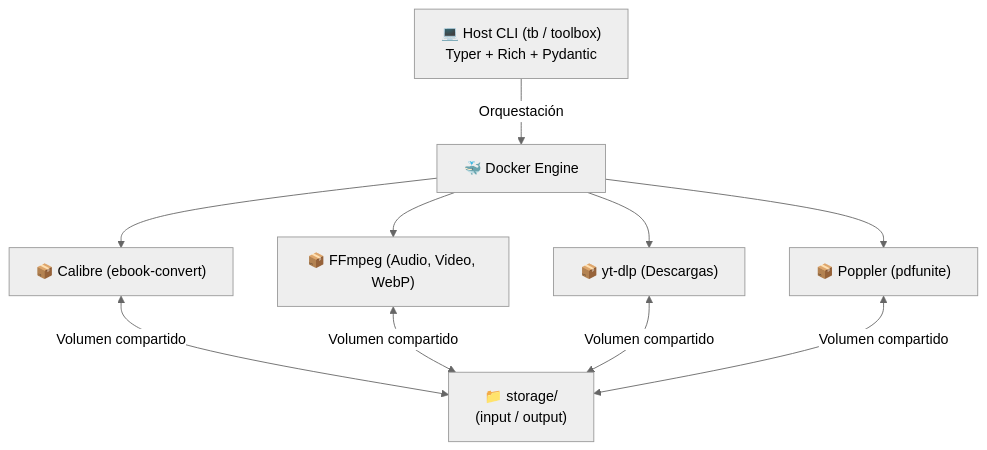
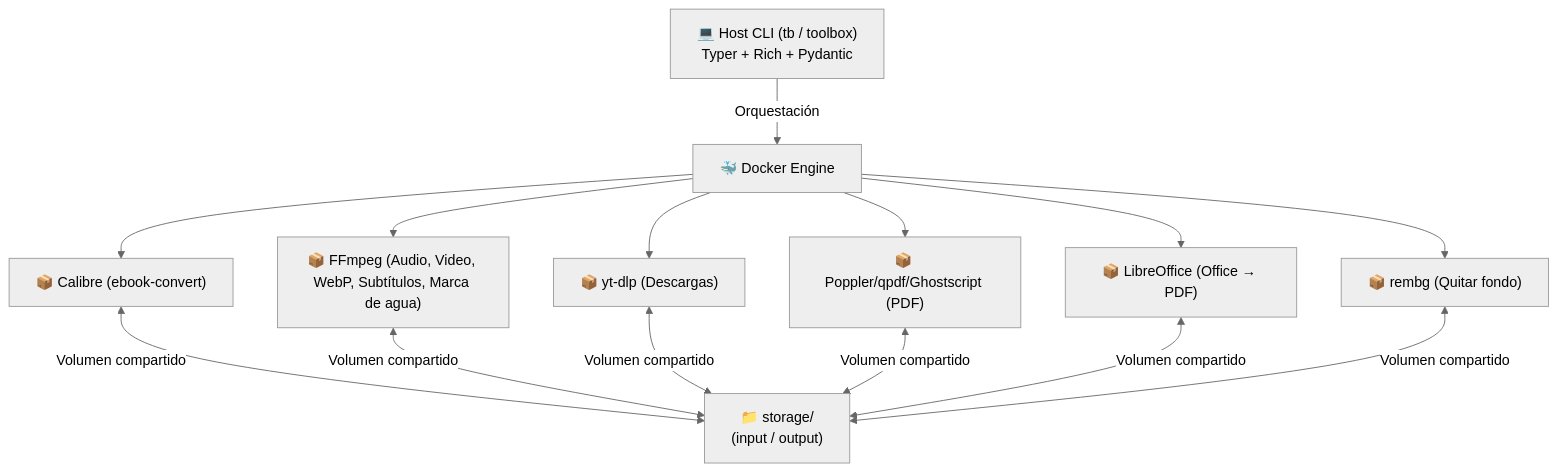
The diagram in README.md (Atlas-6174/media_toolbox), drawn with Mermaid (neutral theme) before and after one commit. The commit also changed other lines of this file and 39 other files, not shown here.

````diff
--- a/README.md
+++ b/README.md
@@ -14,16 +14,20 @@
 ```mermaid
 graph TD
     CLI["💻 Host CLI (tb / toolbox)\nTyper + Rich + Pydantic"]
     Storage["📁 storage/\n(input / output)"]
 
     CLI -->|Orquestación| Docker["🐳 Docker Engine"]
     Docker --> Calibre["📦 Calibre (ebook-convert)"]
-    Docker --> FFmpeg["📦 FFmpeg (Audio, Video, WebP)"]
+    Docker --> FFmpeg["📦 FFmpeg (Audio, Video, WebP, Subtítulos, Marca de agua)"]
     Docker --> YtDlp["📦 yt-dlp (Descargas)"]
-    Docker --> PDF["📦 Poppler (pdfunite)"]
+    Docker --> PDF["📦 Poppler/qpdf/Ghostscript (PDF)"]
+    Docker --> LibreOffice["📦 LibreOffice (Office → PDF)"]
+    Docker --> Rembg["📦 rembg (Quitar fondo)"]
 
     Calibre <-->|Volumen compartido| Storage
     FFmpeg <-->|Volumen compartido| Storage
     YtDlp <-->|Volumen compartido| Storage
     PDF <-->|Volumen compartido| Storage
+    LibreOffice <-->|Volumen compartido| Storage
+    Rembg <-->|Volumen compartido| Storage
 ```
````
